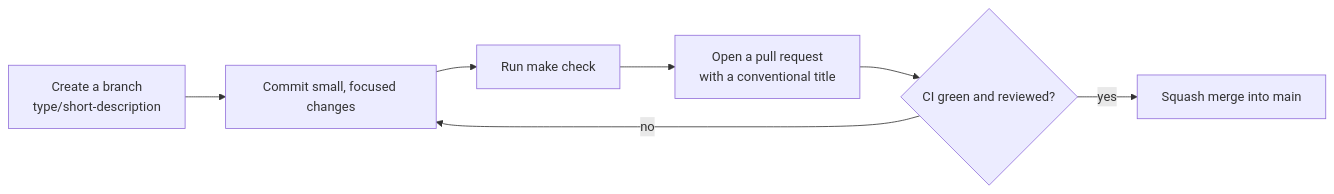
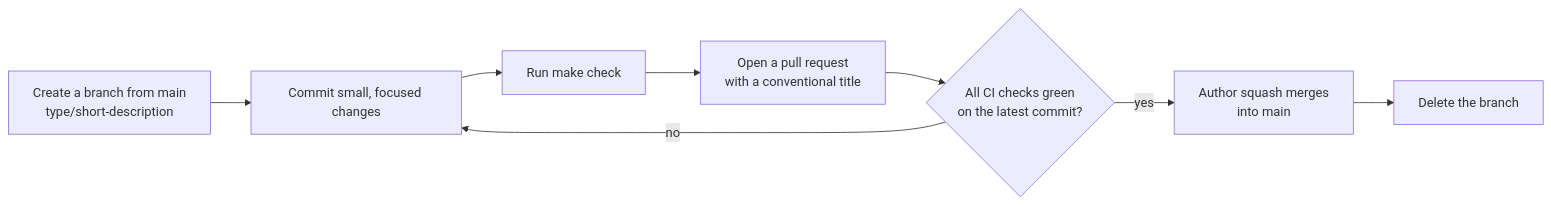
One commit to aisearchkit/searchboard changed the diagram in docs/contributing.md. Above: the diagram before and after it, drawn with Mermaid. The commit also changed other lines of this file and 6 other files, not shown here.

````diff
--- a/docs/contributing.md
+++ b/docs/contributing.md
@@ -7,9 +7,10 @@
 ```mermaid
 flowchart LR
-    A["Create a branch<br/>type/short-description"] --> B["Commit small, focused changes"]
+    A["Create a branch from main<br/>type/short-description"] --> B["Commit small, focused changes"]
     B --> C["Run make check"]
     C --> D["Open a pull request<br/>with a conventional title"]
-    D --> E{"CI green and reviewed?"}
+    D --> E{"All CI checks green<br/>on the latest commit?"}
     E -- "no" --> B
-    E -- "yes" --> F["Squash merge into main"]
+    E -- "yes" --> F["Author squash merges<br/>into main"]
+    F --> G["Delete the branch"]
 ```
````
